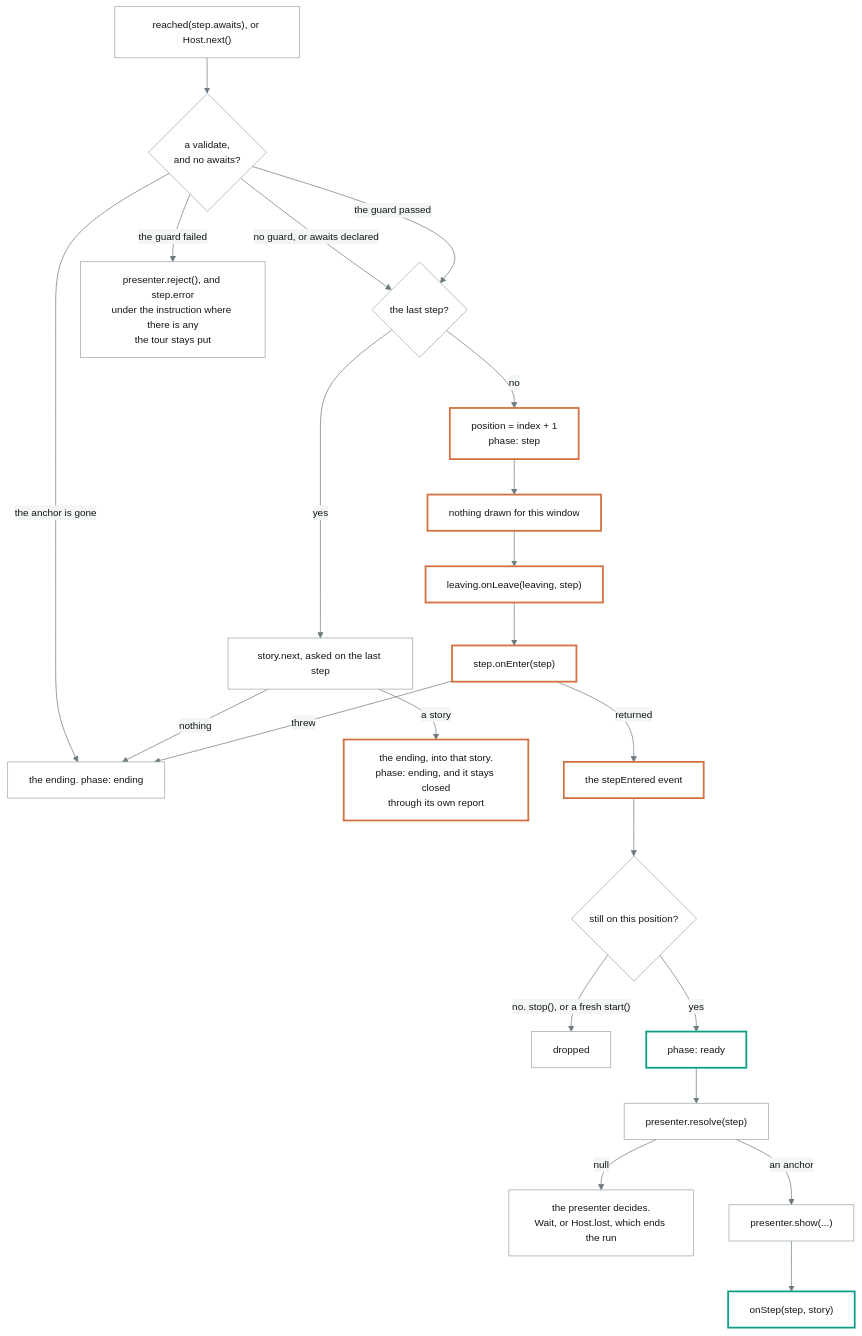
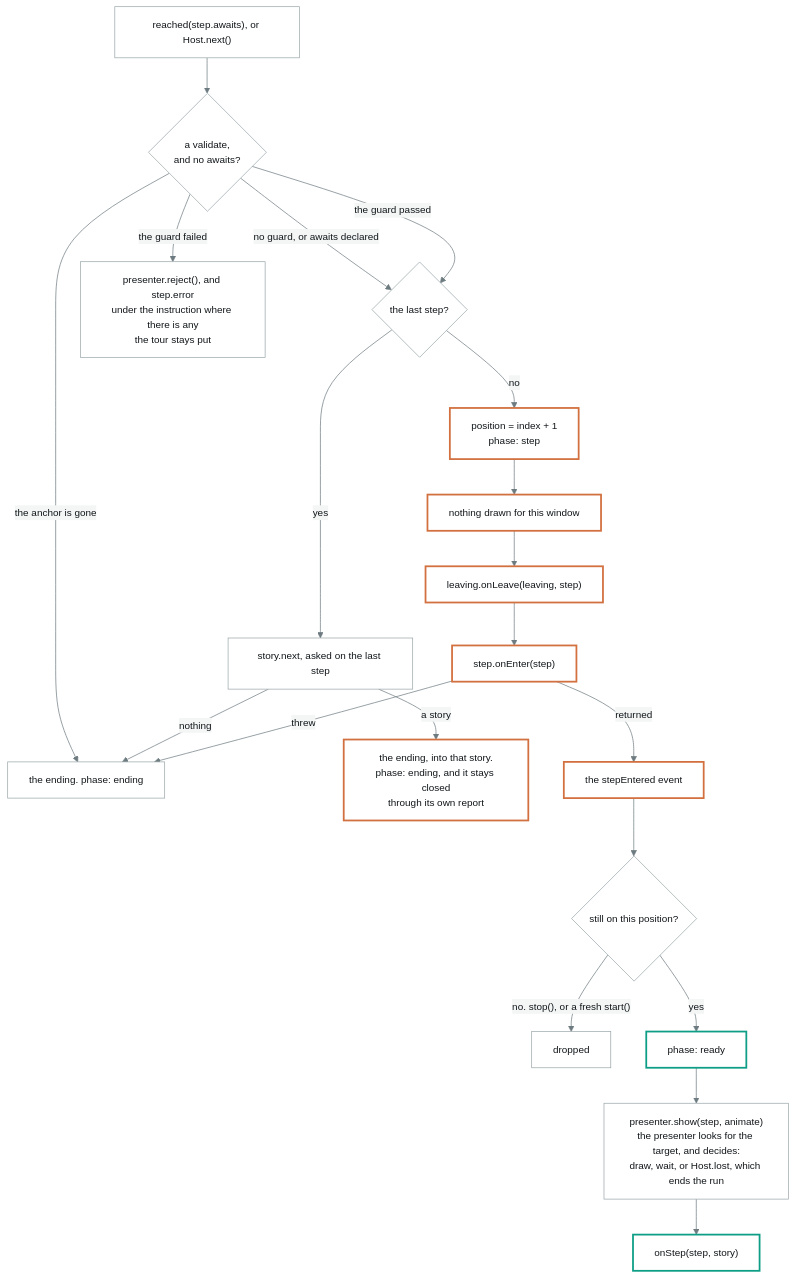
Before and after one commit to annetaan/leko: the second of 2 diagrams in packages/machine/model/phases.md, drawn with Mermaid. The commit also changed 47 other files, not shown here.

````diff
--- a/packages/machine/model/phases.md
+++ b/packages/machine/model/phases.md
@@ -114,30 +114,28 @@
 ```mermaid
 %%{init: {'theme':'base','themeVariables':{'background':'#F4F6F6','primaryColor':'#FFFFFF','primaryTextColor':'#12171A','primaryBorderColor':'#9AA6A9','lineColor':'#6D7B80','textColor':'#12171A','edgeLabelBackground':'#F4F6F6','tertiaryColor':'#E9EDED','tertiaryTextColor':'#12171A','fontSize':'14px'}}}%%
 flowchart TD
   A["reached(step.awaits), or Host.next()"] --> V{"a validate,<br>and no awaits?"}
   V -- "no guard, or awaits declared" --> B{"the last step?"}
   V -- "the guard passed" --> B
   V -- "the anchor is gone" --> Z["the ending. phase: ending"]
   V -- "the guard failed" --> S["presenter.reject(), and step.error<br>under the instruction where there is any<br>the tour stays put"]
   B -- "yes" --> N["story.next, asked on the last step"]
   N -- "a story" --> Y["the ending, into that story.<br>phase: ending, and it stays closed<br>through its own report"]
   N -- "nothing" --> Z
   B -- "no" --> C["position = index + 1<br>phase: step"]
   C --> D["nothing drawn for this window"]
   D --> E["leaving.onLeave(leaving, step)"]
   E --> F["step.onEnter(step)"]
   F -- "threw" --> Z
   F -- "returned" --> H["the stepEntered event"]
   H --> I{"still on this position?"}
   I -- "no. stop(), or a fresh start()" --> X["dropped"]
   I -- "yes" --> J["phase: ready"]
-  J --> K["presenter.resolve(step)"]
-  K -- "null" --> L["the presenter decides.<br>Wait, or Host.lost, which ends the run"]
-  K -- "an anchor" --> M["presenter.show(...)"]
+  J --> M["presenter.show(step, animate)<br>the presenter looks for the target, and decides:<br>draw, wait, or Host.lost, which ends the run"]
   M --> P["onStep(step, story)"]
 
   classDef open stroke:#0E9E86,stroke-width:2.5px
   classDef shut stroke:#D2703F,stroke-width:2.5px
   class C,D,E,F,H,Y shut
   class J,P open
 ```
````
